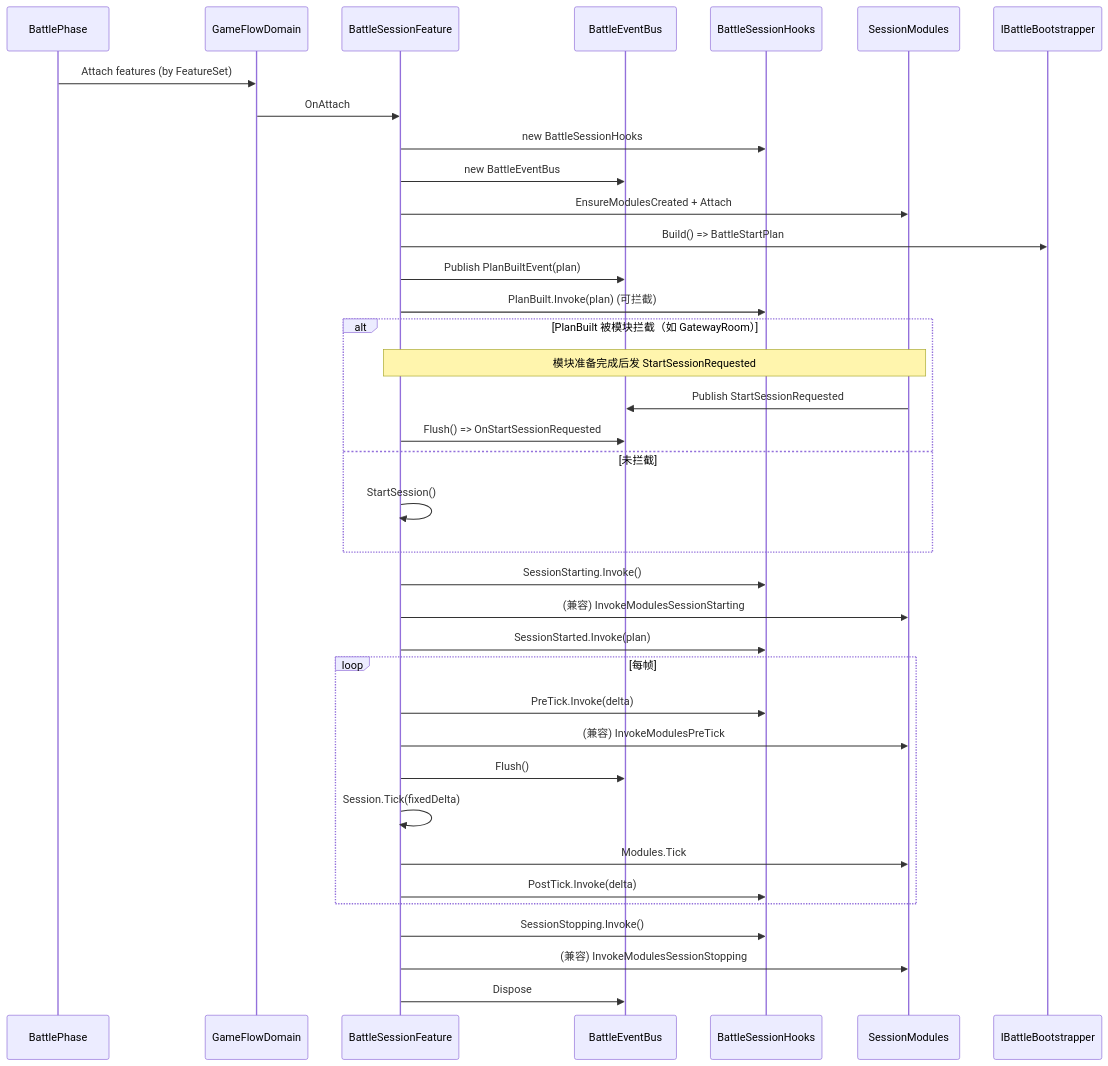
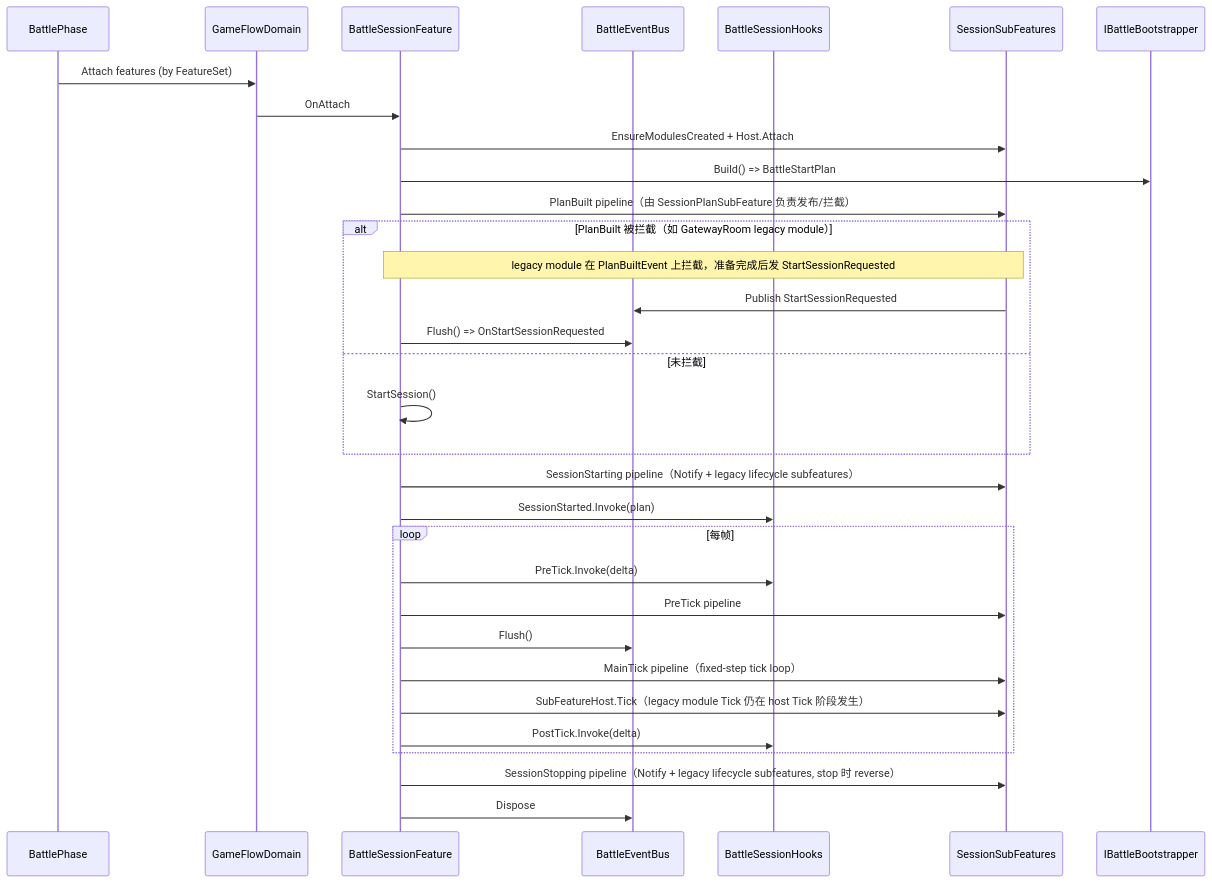
The second of 4 diagrams in Unity/Packages/com.abilitykit.demo.moba.view.runtime/Document/BattleFlowDesign.md (HOBOBO/AbilityKit), drawn with Mermaid before and after one commit. The commit also changed other lines of this file and 85 other files, not shown here.

````diff
--- a/Unity/Packages/com.abilitykit.demo.moba.view.runtime/Document/BattleFlowDesign.md
+++ b/Unity/Packages/com.abilitykit.demo.moba.view.runtime/Document/BattleFlowDesign.md
@@ -159,45 +193,40 @@
 ```mermaid
 sequenceDiagram
   participant BP as BattlePhase
   participant GFD as GameFlowDomain
   participant Sess as BattleSessionFeature
   participant Bus as BattleEventBus
   participant Hooks as BattleSessionHooks
-  participant Mods as SessionModules
+  participant SF as SessionSubFeatures
   participant Boot as IBattleBootstrapper
 
   BP->>GFD: Attach features (by FeatureSet)
   GFD->>Sess: OnAttach
-  Sess->>Hooks: new BattleSessionHooks
-  Sess->>Bus: new BattleEventBus
-  Sess->>Mods: EnsureModulesCreated + Attach
+  Sess->>SF: EnsureModulesCreated + Host.Attach
 
   Sess->>Boot: Build() => BattleStartPlan
-  Sess->>Bus: Publish PlanBuiltEvent(plan)
-  Sess->>Hooks: PlanBuilt.Invoke(plan) (可拦截)
+  Sess->>SF: PlanBuilt pipeline（由 SessionPlanSubFeature 负责发布/拦截）
 
-  alt PlanBuilt 被模块拦截（如 GatewayRoom）
-    Note over Sess,Mods: 模块准备完成后发 StartSessionRequested
-    Mods->>Bus: Publish StartSessionRequested
+  alt PlanBuilt 被拦截（如 GatewayRoom legacy module）
+    Note over Sess,SF: legacy module 在 PlanBuiltEvent 上拦截，准备完成后发 StartSessionRequested
+    SF->>Bus: Publish StartSessionRequested
     Sess->>Bus: Flush() => OnStartSessionRequested
   else 未拦截
     Sess->>Sess: StartSession()
   end
 
-  Sess->>Hooks: SessionStarting.Invoke()
-  Sess->>Mods: (兼容) InvokeModulesSessionStarting
+  Sess->>SF: SessionStarting pipeline（Notify + legacy lifecycle subfeatures）
   Sess->>Hooks: SessionStarted.Invoke(plan)
 
   loop 每帧
     Sess->>Hooks: PreTick.Invoke(delta)
-    Sess->>Mods: (兼容) InvokeModulesPreTick
+    Sess->>SF: PreTick pipeline
     Sess->>Bus: Flush()
-    Sess->>Sess: Session.Tick(fixedDelta)
-    Sess->>Mods: Modules.Tick
+    Sess->>SF: MainTick pipeline（fixed-step tick loop）
+    Sess->>SF: SubFeatureHost.Tick（legacy module Tick 仍在 host Tick 阶段发生）
     Sess->>Hooks: PostTick.Invoke(delta)
   end
 
-  Sess->>Hooks: SessionStopping.Invoke()
-  Sess->>Mods: (兼容) InvokeModulesSessionStopping
+  Sess->>SF: SessionStopping pipeline（Notify + legacy lifecycle subfeatures, stop 时 reverse）
   Sess->>Bus: Dispose
 ```
````
